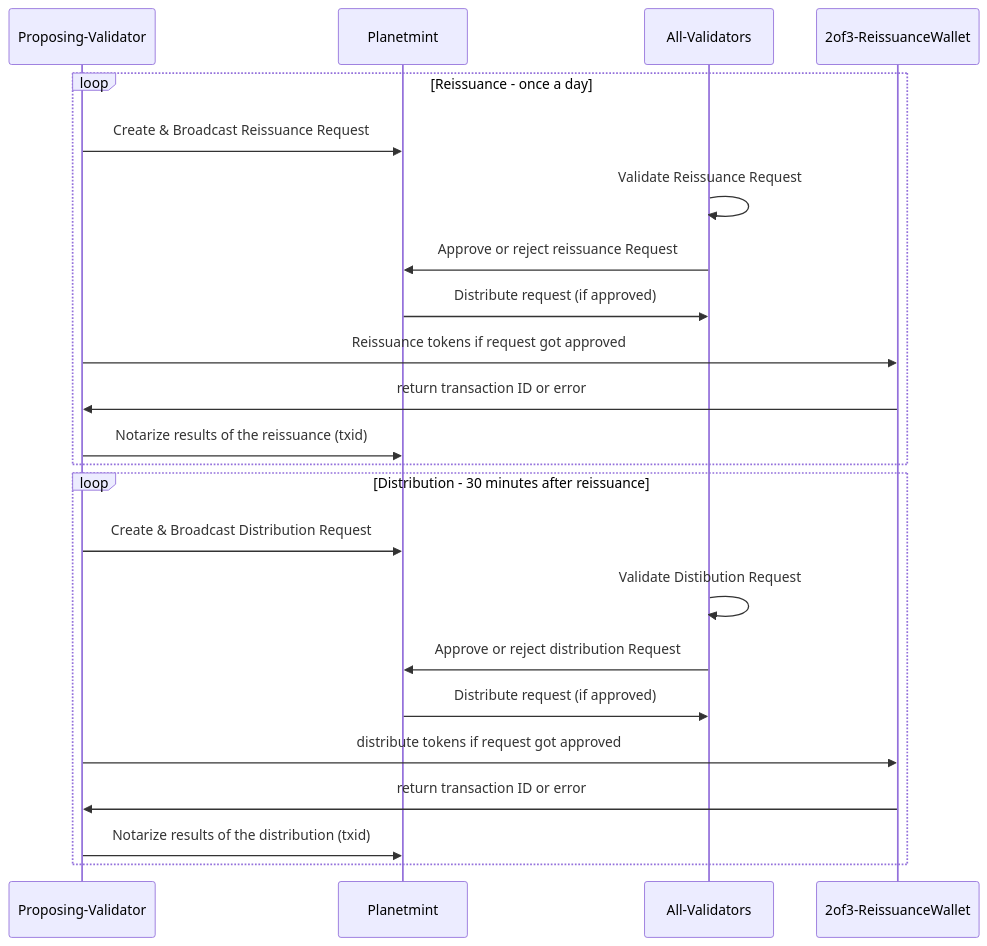
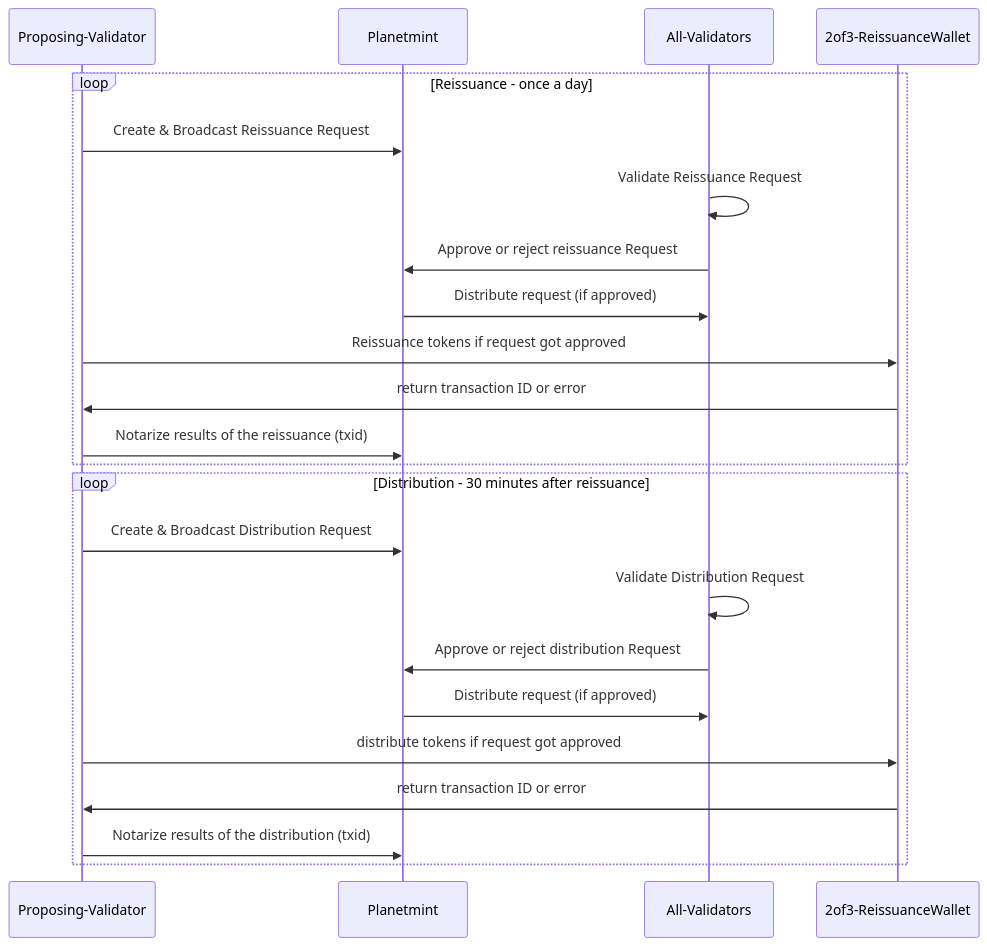
Before and after one commit to rddl-network/docs: the diagram in basics/reissuance-and-distribution.md, drawn with Mermaid. The commit also changed 20 other files, not shown here.

````diff
--- a/basics/reissuance-and-distribution.md
+++ b/basics/reissuance-and-distribution.md
@@ -17,27 +17,27 @@
 ```mermaid
 sequenceDiagram
     participant Proposing-Validator 
     participant Planetmint
     participant All-Validators
     participant 2of3-ReissuanceWallet
 
     loop Reissuance - once a day 
         Proposing-Validator->>Planetmint: Create & Broadcast Reissuance Request
         All-Validators->>All-Validators: Validate Reissuance Request
         All-Validators->>Planetmint: Approve or reject reissuance Request
         Planetmint->>All-Validators: Distribute request (if approved)
         Proposing-Validator->>2of3-ReissuanceWallet: Reissuance tokens if request got approved
         2of3-ReissuanceWallet->>Proposing-Validator: return transaction ID or error
         Proposing-Validator->>Planetmint: Notarize results of the reissuance (txid)
     end
     
     loop Distribution - 30 minutes after reissuance
         Proposing-Validator->>Planetmint: Create & Broadcast Distribution Request
-        All-Validators->>All-Validators: Validate Distibution Request
+        All-Validators->>All-Validators: Validate Distribution Request
         All-Validators->>Planetmint: Approve or reject distribution Request
         Planetmint->>All-Validators: Distribute request (if approved)
         Proposing-Validator->>2of3-ReissuanceWallet: distribute tokens if request got approved
         2of3-ReissuanceWallet->>Proposing-Validator: return transaction ID or error
         Proposing-Validator->>Planetmint: Notarize results of the distribution (txid)
     end
 ```
````
